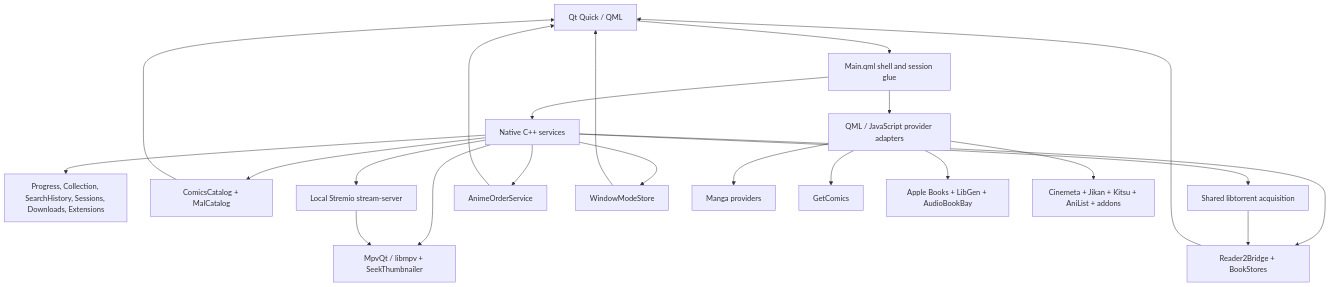
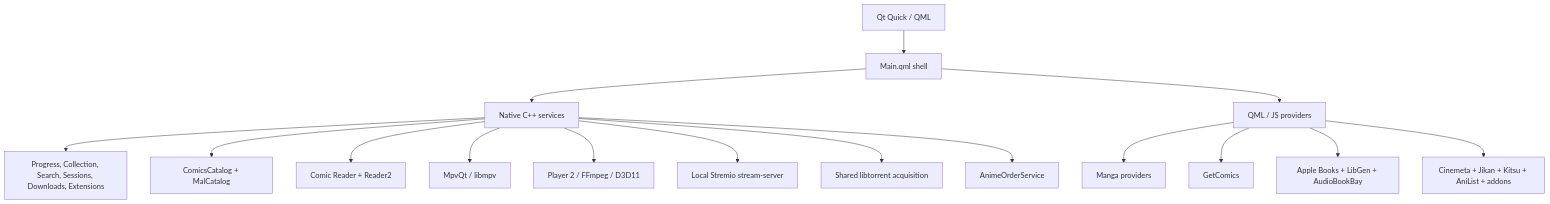
One commit to kingoftheseas56/Colosseum changed the diagram in README.md. Above: the diagram before and after it, drawn with Mermaid. The commit also changed other lines of this file, not shown here.

````diff
--- a/README.md
+++ b/README.md
@@ -418,27 +195,20 @@
 ```mermaid
 flowchart TB
-    UI[Qt Quick / QML] --> Shell[Main.qml shell and session glue]
+    UI[Qt Quick / QML] --> Shell[Main.qml shell]
     Shell --> Native[Native C++ services]
-    Shell --> Providers[QML / JavaScript provider adapters]
+    Shell --> Providers[QML / JS providers]
 
-    Native --> Stores[Progress, Collection, SearchHistory, Sessions, Downloads, Extensions]
+    Native --> Stores[Progress, Collection, Search, Sessions, Downloads, Extensions]
     Native --> Catalogs[ComicsCatalog + MalCatalog]
-    Native --> Reader[Reader2Bridge + BookStores]
-    Native --> Player[MpvQt / libmpv + SeekThumbnailer]
+    Native --> Readers[Comic Reader + Reader2]
+    Native --> Mpv[MpvQt / libmpv]
+    Native --> Player2[Player 2 / FFmpeg / D3D11]
     Native --> StreamServer[Local Stremio stream-server]
     Native --> Tankorent[Shared libtorrent acquisition]
     Native --> AnimeOrder[AnimeOrderService]
-    Native --> WindowMode[WindowModeStore]
 
     Providers --> Manga[Manga providers]
     Providers --> Comics[GetComics]
     Providers --> Books[Apple Books + LibGen + AudioBookBay]
     Providers --> Theatre[Cinemeta + Jikan + Kitsu + AniList + addons]
-
-    Catalogs --> UI
-    Reader --> UI
-    AnimeOrder --> UI
-    WindowMode --> UI
-    StreamServer --> Player
-    Tankorent --> Reader
 ```
````
